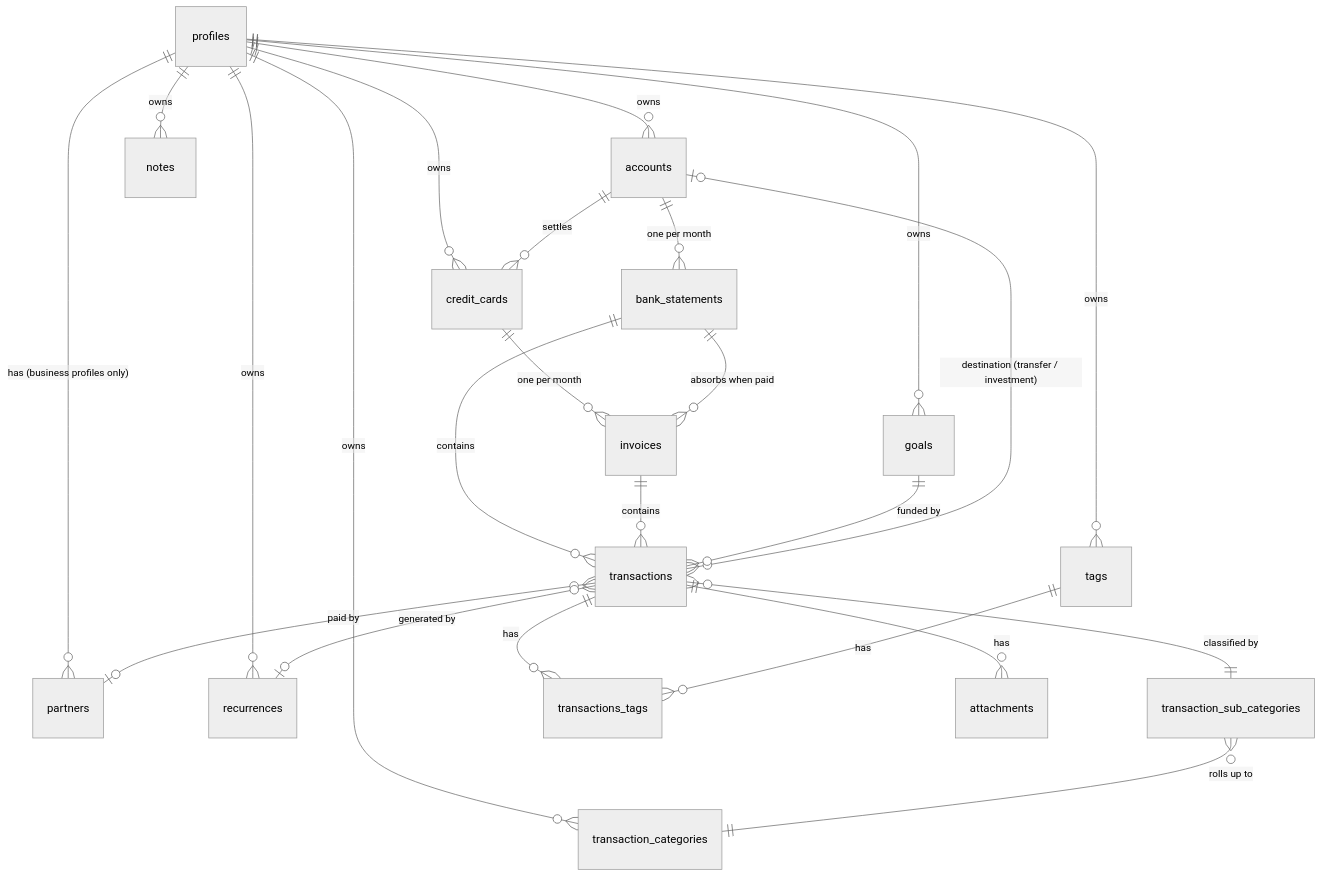
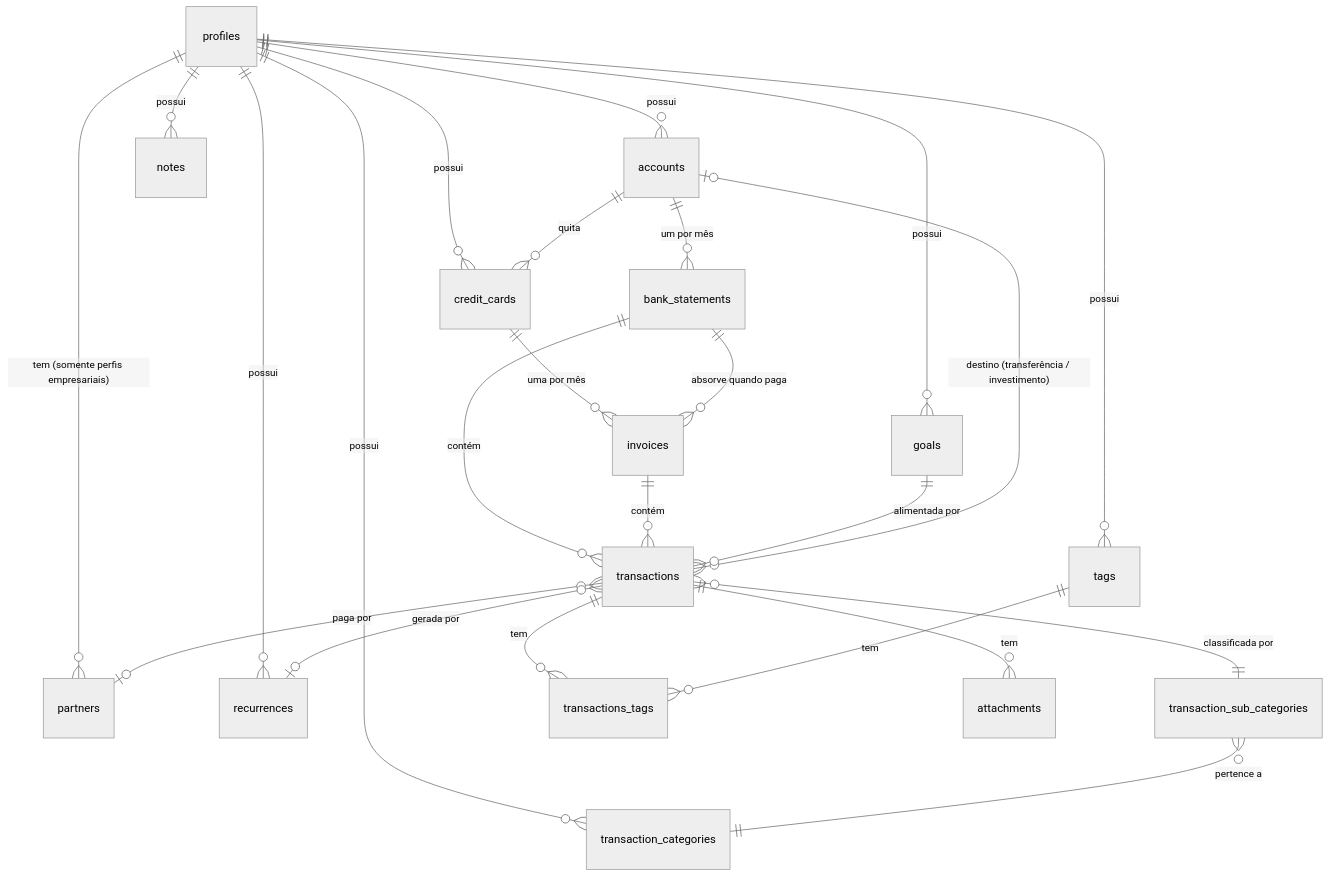
The diagram in docs/plans/database-design.md (olliveiragusttavo/finance), drawn with Mermaid (neutral theme) before and after one commit. The commit also changed other lines of this file and 1 other file, not shown here.

````diff
--- a/docs/plans/database-design.md
+++ b/docs/plans/database-design.md
@@ -35,32 +39,32 @@
 ```mermaid
 erDiagram
-    profiles ||--o{ accounts : owns
-    profiles ||--o{ credit_cards : owns
-    profiles ||--o{ partners : "has (business profiles only)"
-    profiles ||--o{ notes : owns
-    profiles ||--o{ transaction_categories : owns
-    profiles ||--o{ goals : owns
-    profiles ||--o{ tags : owns
-    profiles ||--o{ recurrences : owns
+    profiles ||--o{ accounts : "possui"
+    profiles ||--o{ credit_cards : "possui"
+    profiles ||--o{ partners : "tem (somente perfis empresariais)"
+    profiles ||--o{ notes : "possui"
+    profiles ||--o{ transaction_categories : "possui"
+    profiles ||--o{ goals : "possui"
+    profiles ||--o{ tags : "possui"
+    profiles ||--o{ recurrences : "possui"
 
-    accounts ||--o{ bank_statements : "one per month"
-    accounts ||--o{ credit_cards : "settles"
+    accounts ||--o{ bank_statements : "um por mês"
+    accounts ||--o{ credit_cards : "quita"
 
-    credit_cards ||--o{ invoices : "one per month"
-    bank_statements ||--o{ invoices : "absorbs when paid"
+    credit_cards ||--o{ invoices : "uma por mês"
+    bank_statements ||--o{ invoices : "absorve quando paga"
 
-    bank_statements ||--o{ transactions : contains
-    invoices ||--o{ transactions : contains
+    bank_statements ||--o{ transactions : "contém"
+    invoices ||--o{ transactions : "contém"
 
-    transactions }o--|| transaction_sub_categories : "classified by"
-    transaction_sub_categories }o--|| transaction_categories : "rolls up to"
+    transactions }o--|| transaction_sub_categories : "classificada por"
+    transaction_sub_categories }o--|| transaction_categories : "pertence a"
 
-    transactions }o--o| accounts : "destination (transfer / investment)"
-    transactions }o--o| partners : "paid by"
-    transactions }o--o| recurrences : "generated by"
-    transactions ||--o{ transactions_tags : has
-    tags ||--o{ transactions_tags : has
-    transactions ||--o{ attachments : has
+    transactions }o--o| accounts : "destino (transferência / investimento)"
+    transactions }o--o| partners : "paga por"
+    transactions }o--o| recurrences : "gerada por"
+    transactions ||--o{ transactions_tags : "tem"
+    tags ||--o{ transactions_tags : "tem"
+    transactions ||--o{ attachments : "tem"
 
-    goals ||--o{ transactions : "funded by"
+    goals ||--o{ transactions : "alimentada por"
 ```
````
